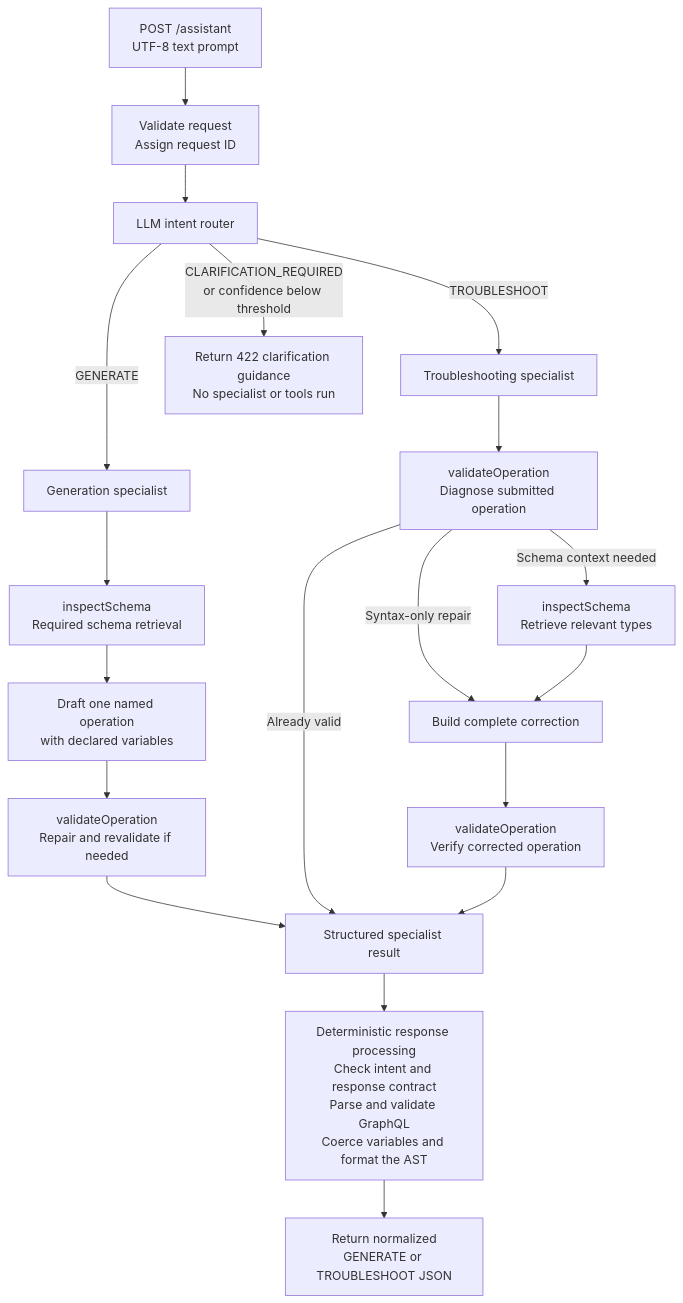
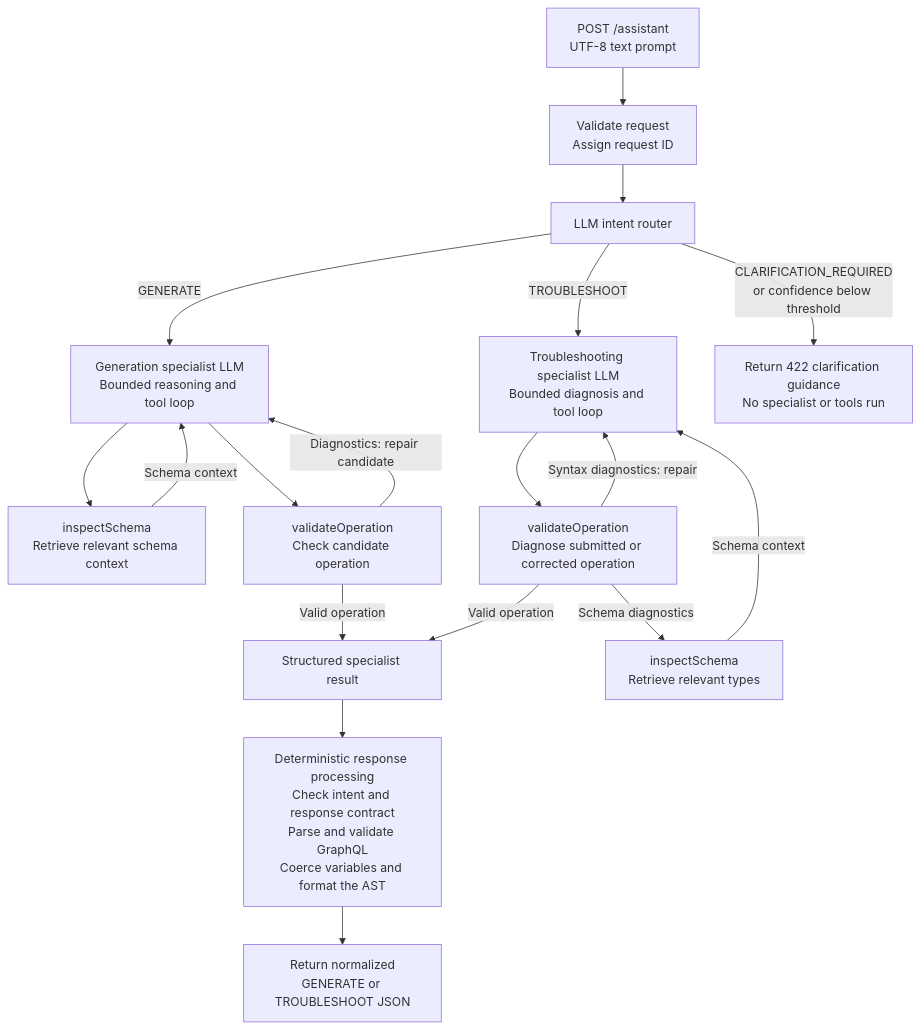
Before and after one commit to skp2001vn/agentic-graphql-assistant: the diagram in README.md, drawn with Mermaid. The commit also changed other lines of this file and 1 other file, not shown here.

````diff
--- a/README.md
+++ b/README.md
@@ -40,25 +38,24 @@
 ```mermaid
 flowchart TD
     A["POST /assistant<br/>UTF-8 text prompt"] --> B["Validate request<br/>Assign request ID"]
     B --> C["LLM intent router"]
 
-    C -->|"GENERATE"| G1["Generation specialist"]
-    G1 --> G2["inspectSchema<br/>Required schema retrieval"]
-    G2 --> G3["Draft one named operation<br/>with declared variables"]
-    G3 --> G4["validateOperation<br/>Repair and revalidate if needed"]
-    G4 --> S["Structured specialist result"]
+    C -->|"GENERATE"| G["Generation specialist LLM<br/>Bounded reasoning and tool loop"]
+    G --> GI["inspectSchema<br/>Retrieve relevant schema context"]
+    GI -->|"Schema context"| G
+    G --> GV["validateOperation<br/>Check candidate operation"]
+    GV -->|"Diagnostics: repair candidate"| G
+    GV -->|"Valid operation"| S["Structured specialist result"]
 
-    C -->|"TROUBLESHOOT"| T1["Troubleshooting specialist"]
-    T1 --> T2["validateOperation<br/>Diagnose submitted operation"]
-    T2 -->|"Already valid"| S
-    T2 -->|"Schema context needed"| T3["inspectSchema<br/>Retrieve relevant types"]
-    T2 -->|"Syntax-only repair"| T4["Build complete correction"]
-    T3 --> T4
-    T4 --> T5["validateOperation<br/>Verify corrected operation"]
-    T5 --> S
+    C -->|"TROUBLESHOOT"| T["Troubleshooting specialist LLM<br/>Bounded diagnosis and tool loop"]
+    T --> TV["validateOperation<br/>Diagnose submitted or corrected operation"]
+    TV -->|"Schema diagnostics"| TI["inspectSchema<br/>Retrieve relevant types"]
+    TI -->|"Schema context"| T
+    TV -->|"Syntax diagnostics: repair"| T
+    TV -->|"Valid operation"| S
 
     C -->|"CLARIFICATION_REQUIRED<br/>or confidence below threshold"| Q["Return 422 clarification guidance<br/>No specialist or tools run"]
 
     S --> D["Deterministic response processing<br/>Check intent and response contract<br/>Parse and validate GraphQL<br/>Coerce variables and format the AST"]
     D --> R["Return normalized<br/>GENERATE or TROUBLESHOOT JSON"]
 ```
````
